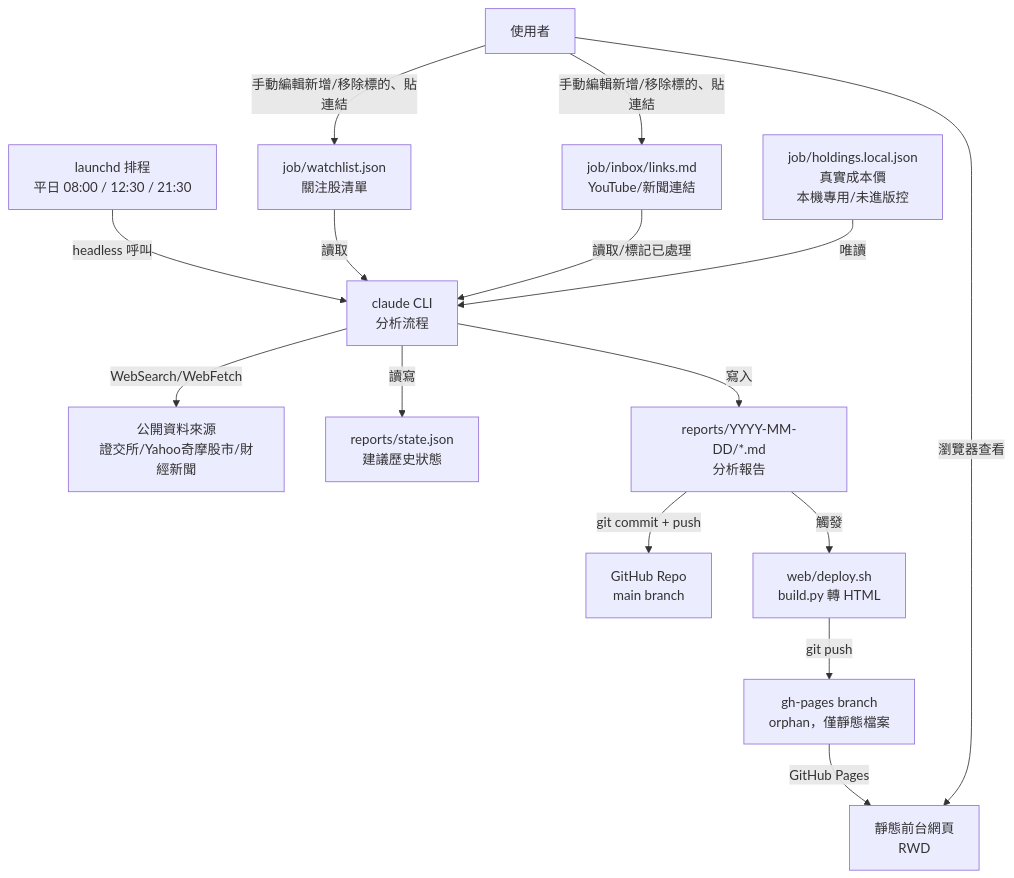
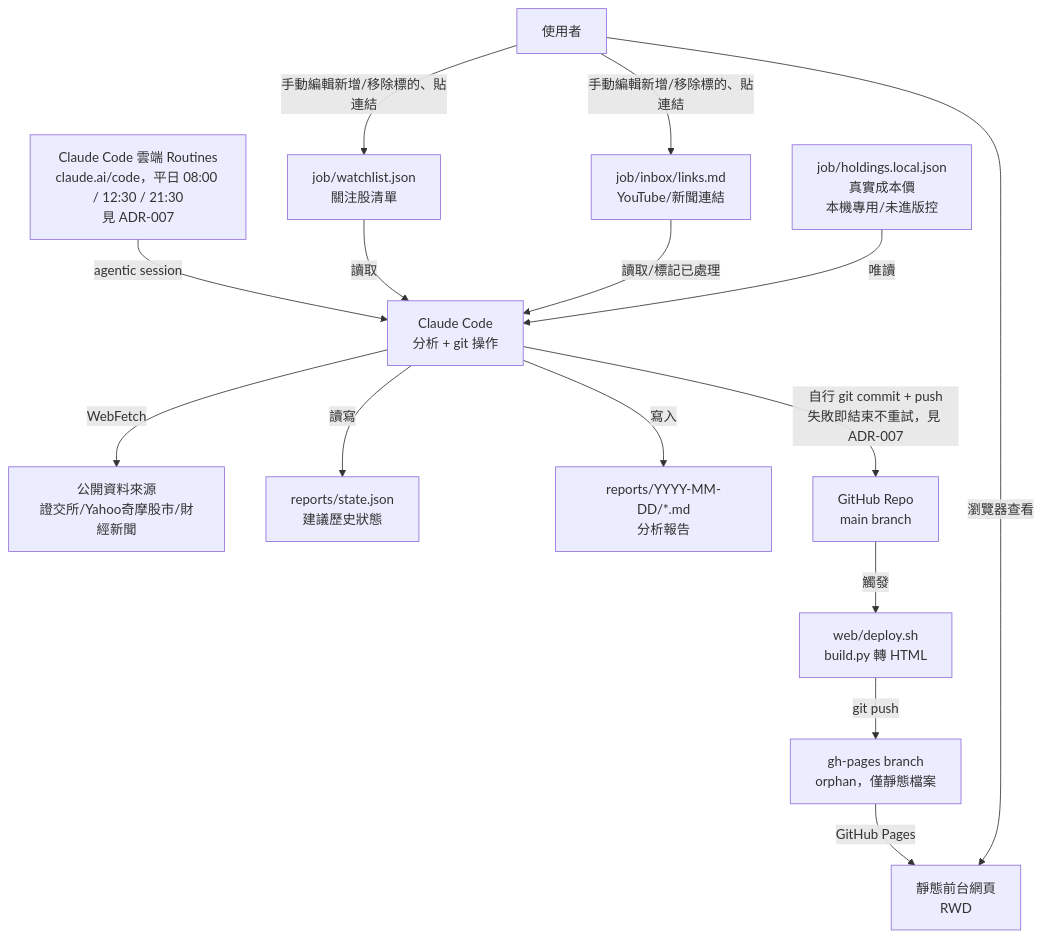
Before and after one commit to Blackjtsai/blackj-stock-point-guard: the diagram in docs/design/ARCHITECTURE.md, drawn with Mermaid. The commit also changed other lines of this file and 8 other files, not shown here.

First line of the commit message:
docs: 排程機制改為雲端 Routines 定案，補強防卡指令（ADR-007）

````diff
--- a/docs/design/ARCHITECTURE.md
+++ b/docs/design/ARCHITECTURE.md
@@ -5,17 +5,17 @@
 ```mermaid
 graph TD
-    L[launchd 排程<br/>平日 08:00 / 12:30 / 21:30] -->|headless 呼叫| C[claude CLI<br/>分析流程]
-    C -->|WebSearch/WebFetch| D[公開資料來源<br/>證交所/Yahoo奇摩股市/財經新聞]
+    L[Claude Code 雲端 Routines<br/>claude.ai/code，平日 08:00 / 12:30 / 21:30<br/>見 ADR-007] -->|agentic session| C[Claude Code<br/>分析 + git 操作]
+    C -->|WebFetch| D[公開資料來源<br/>證交所/Yahoo奇摩股市/財經新聞]
     WL[job/watchlist.json<br/>關注股清單] -->|讀取| C
     IB[job/inbox/links.md<br/>YouTube/新聞連結] -->|讀取/標記已處理| C
     HL[job/holdings.local.json<br/>真實成本價<br/>本機專用/未進版控] -->|唯讀| C
     C -->|讀寫| S[reports/state.json<br/>建議歷史狀態]
     C -->|寫入| R[reports/YYYY-MM-DD/*.md<br/>分析報告]
-    R -->|git commit + push| G[GitHub Repo<br/>main branch]
-    R -->|觸發| B[web/deploy.sh<br/>build.py 轉 HTML]
+    C -->|自行 git commit + push<br/>失敗即結束不重試，見 ADR-007| G[GitHub Repo<br/>main branch]
+    G -->|觸發| B[web/deploy.sh<br/>build.py 轉 HTML]
     B -->|git push| GP[gh-pages branch<br/>orphan，僅靜態檔案]
     GP -->|GitHub Pages| W[靜態前台網頁<br/>RWD]
     U[使用者] -->|瀏覽器查看| W
     U -->|手動編輯新增/移除標的、貼連結| WL
     U -->|手動編輯新增/移除標的、貼連結| IB
 ```
````
